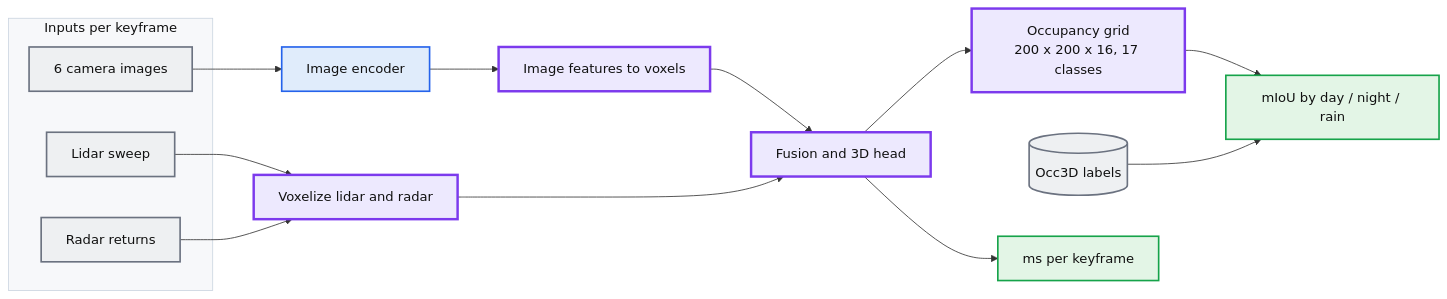
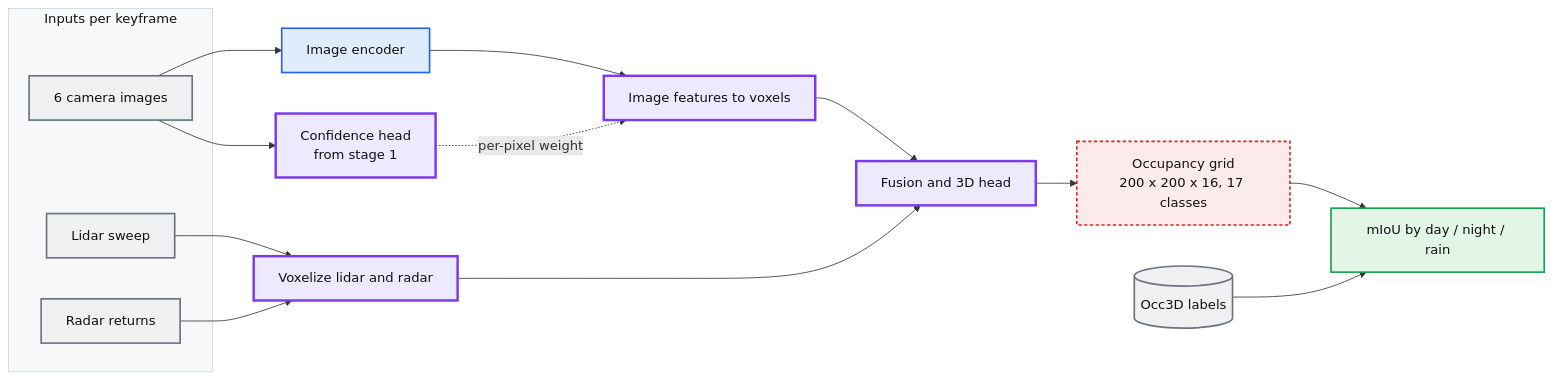
One commit to kgqiao/monocular-depth-confidence-estimation changed the second of 2 diagrams in Project Scope Visual (Form B).md. Above: the diagram before and after it, drawn with Mermaid. The commit also changed other lines of this file and 3 other files, not shown here.

````diff
--- a/Project Scope Visual (Form B).md
+++ b/Project Scope Visual (Form B).md
@@ -5,36 +171,38 @@
 ```mermaid
 flowchart LR
     subgraph inputs ["Inputs per keyframe"]
         cam["6 camera images"]
         lid["Lidar sweep"]
         rad["Radar returns"]
     end
 
+    conf["Confidence head<br/>from stage 1"]
     enc["Image encoder"]
     lift["Image features to voxels"]
     vox["Voxelize lidar and radar"]
     fuse["Fusion and 3D head"]
     occ["Occupancy grid<br/>200 x 200 x 16, 17 classes"]
     gt[("Occ3D labels")]
     score["mIoU by day / night / rain"]
-    speed["ms per keyframe"]
 
     cam --> enc --> lift --> fuse
+    cam --> conf -.->|"per-pixel weight"| lift
     lid --> vox --> fuse
     rad --> vox
     fuse --> occ --> score
-    fuse --> speed
     gt --> score
 
     class enc blue
     class cam,lid,rad,gt data
-    class lift,vox,fuse,occ ours
-    class score,speed metric
+    class conf,lift,vox,fuse ours
+    class occ open
+    class score metric
     class inputs group
 
     classDef blue fill:#e0ecfb,stroke:#2563eb,stroke-width:2px,color:#111
     classDef group fill:#f7f8fa,stroke:#cbd5e1,stroke-width:1px,color:#111
     classDef ours fill:#ede9fe,stroke:#7c3aed,stroke-width:3px,color:#111
     classDef data fill:#eef0f2,stroke:#6b7280,stroke-width:2px,color:#111
     classDef metric fill:#e3f5e6,stroke:#16a34a,stroke-width:2px,color:#111
+    classDef open fill:#fdeaea,stroke:#dc2626,stroke-width:2px,stroke-dasharray:4 3,color:#111
 ```
````
